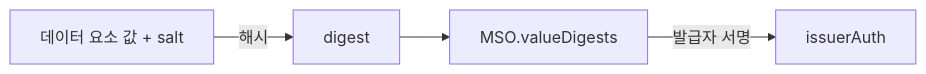
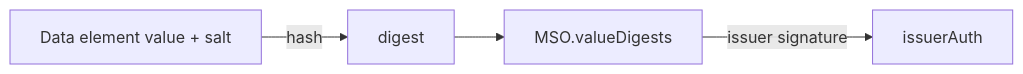
One commit to OmniOneID/poc-oid4vc changed the second of 4 diagrams in docs/concepts/mdoc/mdoc_overview.md. Above: the diagram before and after it, drawn with Mermaid. The commit also changed other lines of this file and 29 other files, not shown here.

````diff
--- a/docs/concepts/mdoc/mdoc_overview.md
+++ b/docs/concepts/mdoc/mdoc_overview.md
@@ -123,6 +123,6 @@
 ```mermaid
 flowchart LR
-    E[데이터 요소 값 + salt] -->|해시| D[digest]
+    E[Data element value + salt] -->|hash| D[digest]
     D --> V[MSO.valueDigests]
-    V -->|발급자 서명| Auth[issuerAuth]
+    V -->|issuer signature| Auth[issuerAuth]
 ```
````
